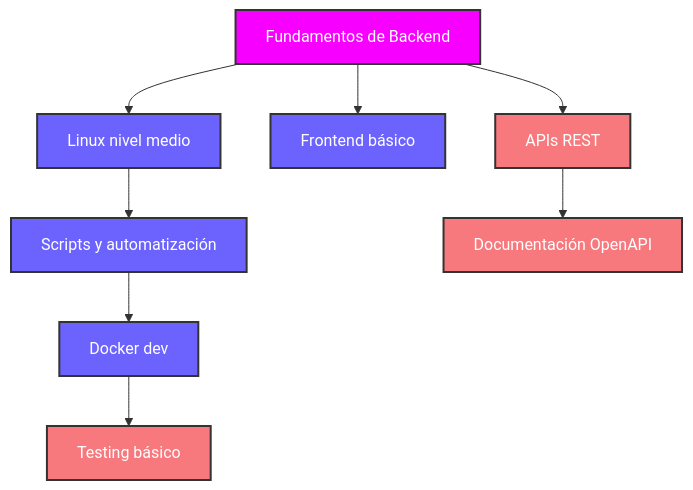
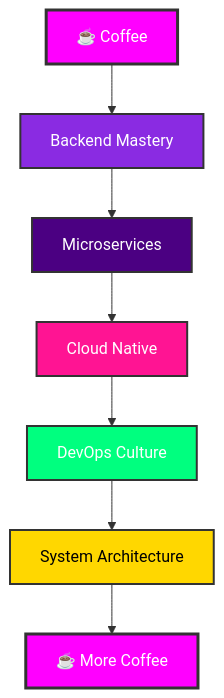
One commit to hollyredfield/hollyredfield changed the diagram in README.md. Above: the diagram before and after it, drawn with Mermaid. The commit also changed other lines of this file, not shown here.

````diff
--- a/README.md
+++ b/README.md
@@ -292,19 +205,17 @@
 ```mermaid
 graph TD
-  A[Fundamentos de Backend] --> B[Linux nivel medio]
-  A --> D[Frontend básico]
-  B --> E[Scripts y automatización]
-  A --> I[APIs REST]
-  E --> H[Docker dev]
-  I --> J[Documentación OpenAPI]
-  H --> K[Testing básico]
-  
-  style A fill:#F700FF,stroke:#333,stroke-width:2px,color:white
-  style B fill:#6C63FF,stroke:#333,stroke-width:2px,color:white
-  style D fill:#6C63FF,stroke:#333,stroke-width:2px,color:white
-  style E fill:#6C63FF,stroke:#333,stroke-width:2px,color:white
-  style H fill:#6C63FF,stroke:#333,stroke-width:2px,color:white
-  style I fill:#F7797D,stroke:#333,stroke-width:2px,color:white
-  style J fill:#F7797D,stroke:#333,stroke-width:2px,color:white
-  style K fill:#F7797D,stroke:#333,stroke-width:2px,color:white
+    A[☕ Coffee] --> B[Backend Mastery]
+    B --> C[Microservices]
+    C --> D[Cloud Native]
+    D --> E[DevOps Culture]
+    E --> F[System Architecture]
+    F --> G[☕ More Coffee]
+    
+    style A fill:#FF00FF,stroke:#333,stroke-width:3px,color:#fff
+    style B fill:#8A2BE2,stroke:#333,stroke-width:2px,color:#fff
+    style C fill:#4B0082,stroke:#333,stroke-width:2px,color:#fff
+    style D fill:#FF1493,stroke:#333,stroke-width:2px,color:#fff
+    style E fill:#00FF7F,stroke:#333,stroke-width:2px,color:#fff
+    style F fill:#FFD700,stroke:#333,stroke-width:2px,color:#000
+    style G fill:#FF00FF,stroke:#333,stroke-width:3px,color:#fff
 ```
````
